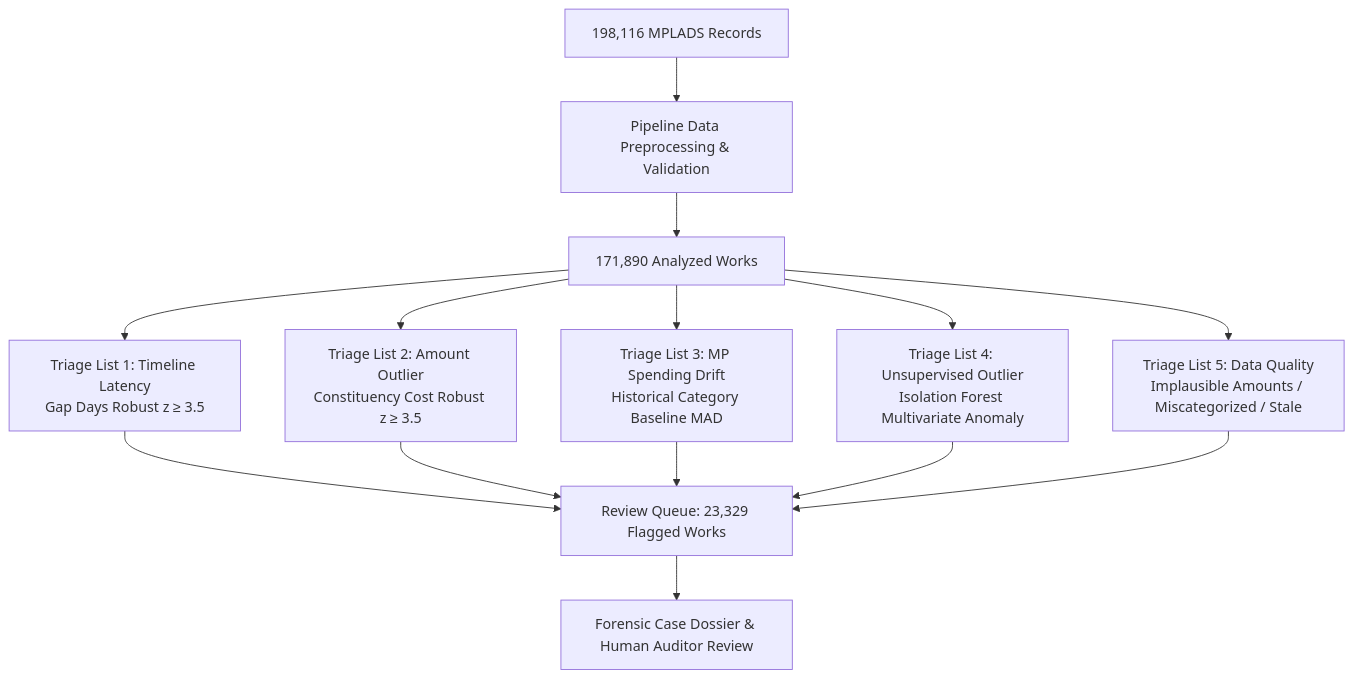
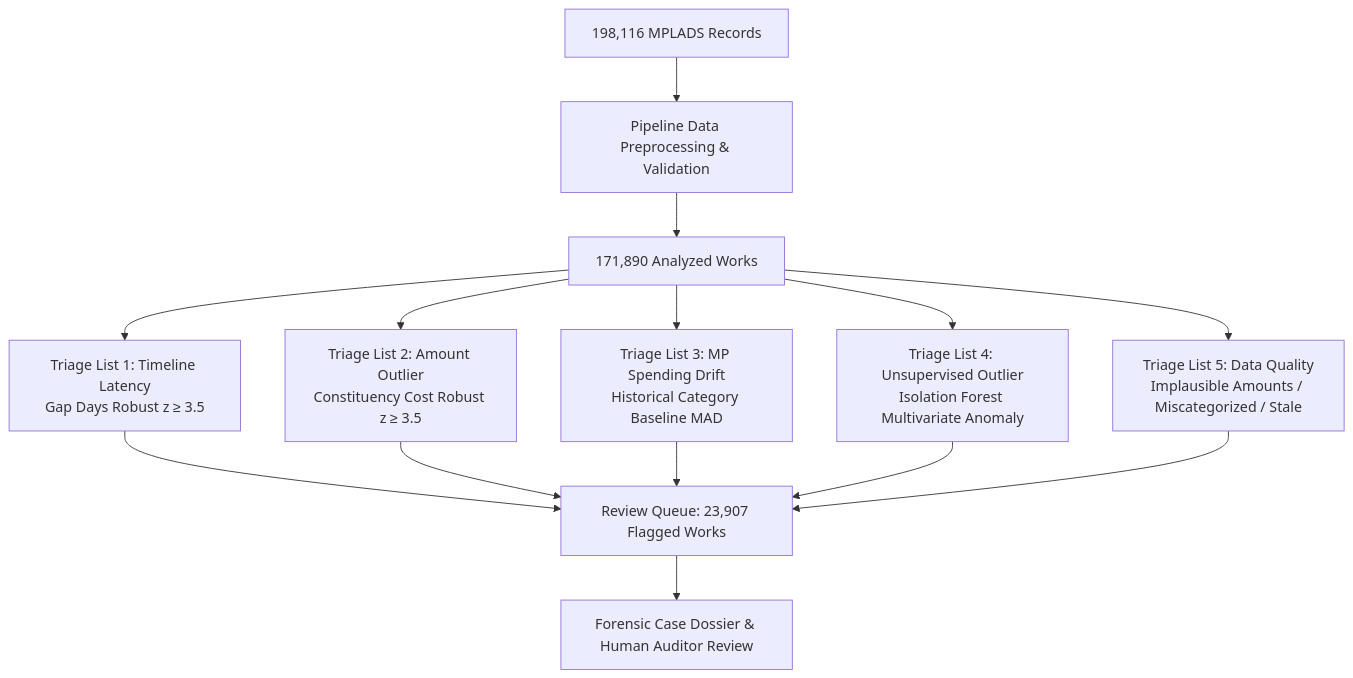
One commit to Rithvik-krishna/nidhi-trace changed the first of 2 diagrams in README.md. Above: the diagram before and after it, drawn with Mermaid. The commit also changed other lines of this file and 37 other files, not shown here.

````diff
--- a/README.md
+++ b/README.md
@@ -59,19 +61,19 @@
 ```mermaid
 flowchart TD
     Raw[198,116 MPLADS Records] --> Filter[Pipeline Data Preprocessing & Validation]
     Filter --> Analyzed[171,890 Analyzed Works]
     
     Analyzed --> T1[Triage List 1: Timeline Latency<br/>Gap Days Robust z ≥ 3.5]
     Analyzed --> T2[Triage List 2: Amount Outlier<br/>Constituency Cost Robust z ≥ 3.5]
     Analyzed --> T3[Triage List 3: MP Spending Drift<br/>Historical Category Baseline MAD]
     Analyzed --> T4[Triage List 4: Unsupervised Outlier<br/>Isolation Forest Multivariate Anomaly]
     Analyzed --> T5[Triage List 5: Data Quality<br/>Implausible Amounts / Miscategorized / Stale]
     
-    T1 --> Queue[Review Queue: 23,329 Flagged Works]
+    T1 --> Queue[Review Queue: 23,907 Flagged Works]
     T2 --> Queue
     T3 --> Queue
     T4 --> Queue
     T5 --> Queue
     
     Queue --> Dossier[Forensic Case Dossier & Human Auditor Review]
 ```
````
